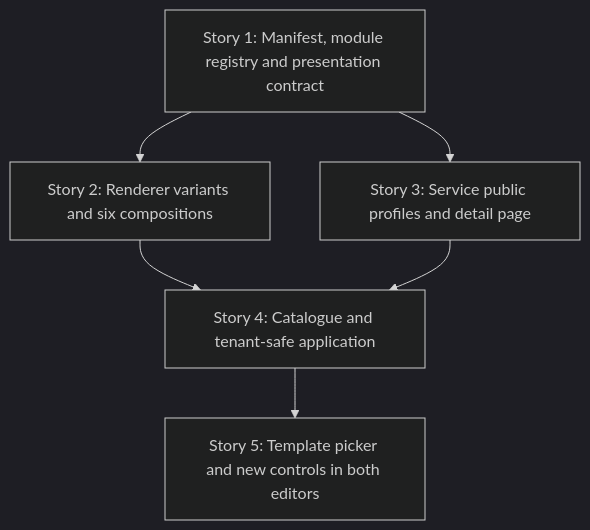
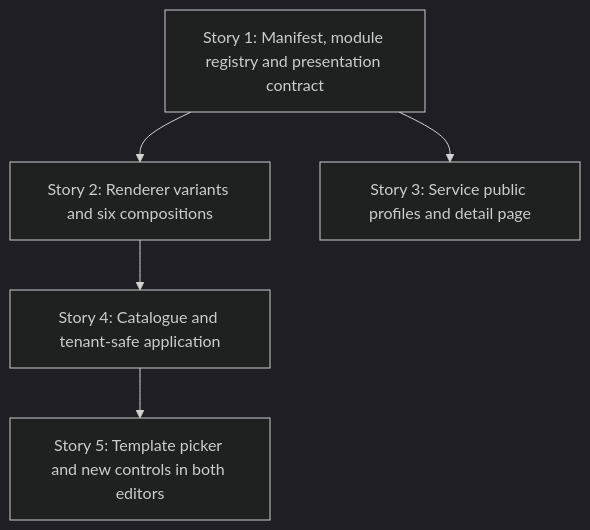
One commit to lmmoreira/ikaro changed the diagram in td/TD56-HOTSITE-TEMPLATE-CATALOG-AND-SERVICE-PAGES.md. Above: the diagram before and after it, drawn with Mermaid (dark theme). The commit also changed other lines of this file, not shown here.

````diff
--- a/td/TD56-HOTSITE-TEMPLATE-CATALOG-AND-SERVICE-PAGES.md
+++ b/td/TD56-HOTSITE-TEMPLATE-CATALOG-AND-SERVICE-PAGES.md
@@ -53,8 +57,7 @@
 ```mermaid
 graph TD
   S1["Story 1: Manifest, module registry and presentation contract"] --> S2["Story 2: Renderer variants and six compositions"]
   S1 --> S3["Story 3: Service public profiles and detail page"]
   S2 --> S4["Story 4: Catalogue and tenant-safe application"]
-  S3 --> S4
   S4 --> S5["Story 5: Template picker and new controls in both editors"]
 ```
````
